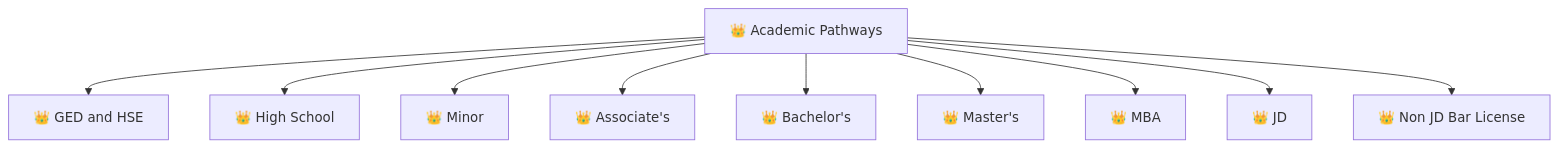
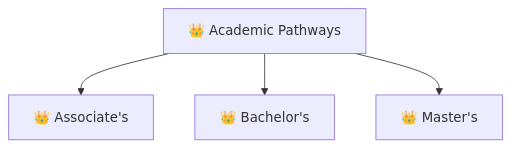
One commit to RIAHPathway/Website changed the sixth of 16 diagrams in README.md. Above: the diagram before and after it, drawn with Mermaid. The commit also changed other lines of this file, not shown here.

Commit message:
Split main README Mermaid diagrams for readability

````diff
--- a/README.md
+++ b/README.md
@@ -223,14 +254,8 @@
 ```mermaid
 flowchart TD
     A[👑 Academic Pathways]
 
-    A --> B[👑 GED and HSE]
-    A --> C[👑 High School]
-    A --> D[👑 Minor]
     A --> E[👑 Associate's]
     A --> F[👑 Bachelor's]
     A --> G[👑 Master's]
-    A --> H[👑 MBA]
-    A --> I[👑 JD]
-    A --> J[👑 Non JD Bar License]
 ```
````
